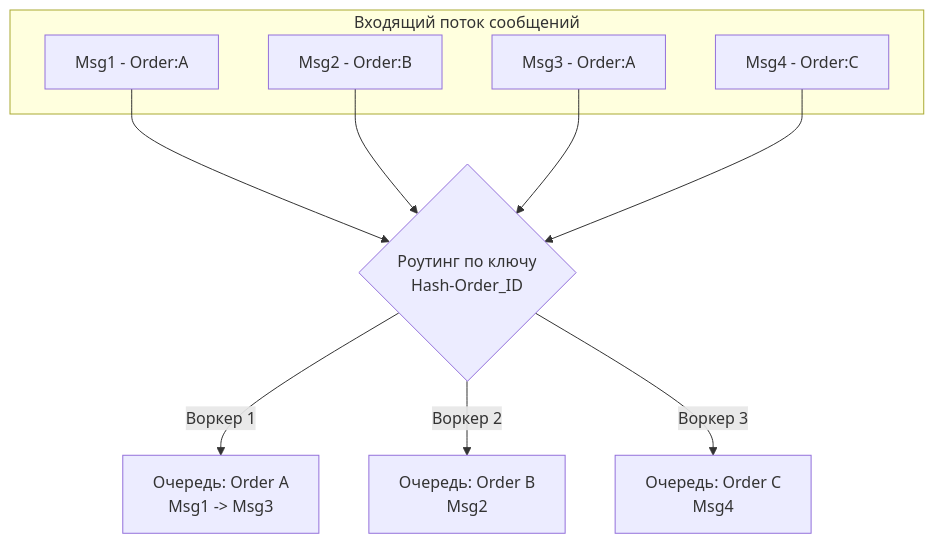
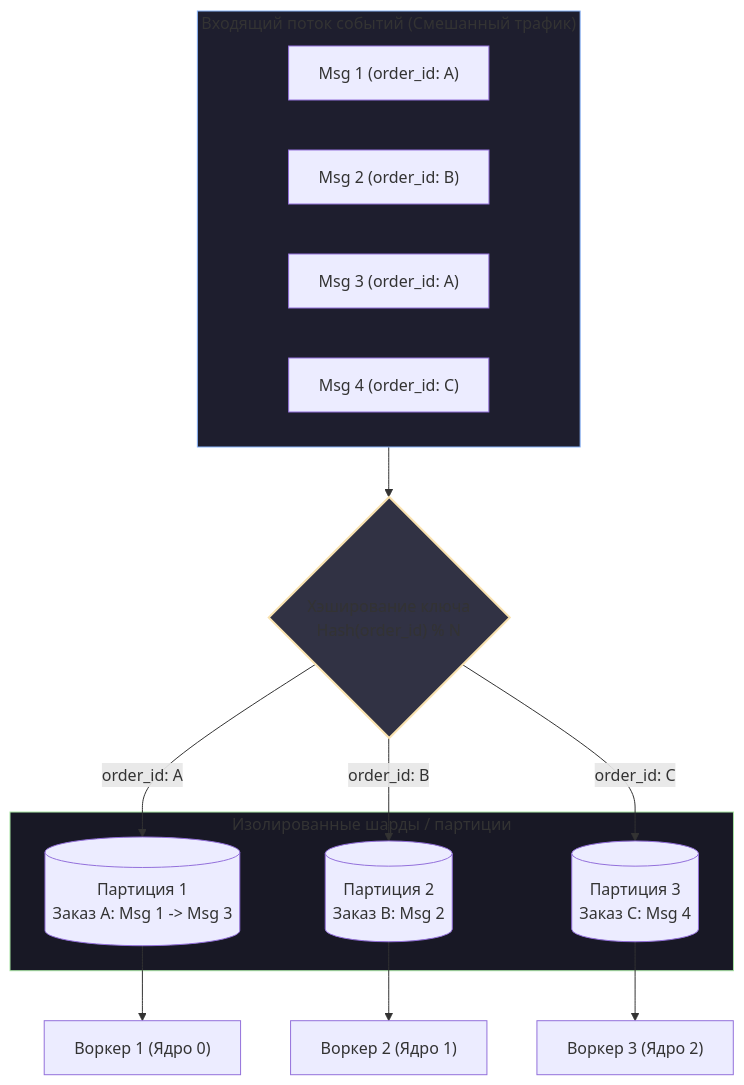
One commit to UnrealTemplier/go-textbook changed the second of 3 diagrams in sources/13. Очереди, брокеры сообщений и оркестраторы/01. Фундамент асинхронности/5. Ordering сообщений и его цена.md. Above: the diagram before and after it, drawn with Mermaid. The commit also changed other lines of this file, not shown here.

````diff
--- a/sources/13. Очереди, брокеры сообщений и оркестраторы/01. Фундамент асинхронности/5. Ordering сообщений и его цена.md
+++ b/sources/13. Очереди, брокеры сообщений и оркестраторы/01. Фундамент асинхронности/5. Ordering сообщений и его цена.md
@@ -37,18 +90,29 @@
 ```mermaid
 flowchart TD
-    subgraph Stream["Входящий поток сообщений"]
-        A["Msg1 - Order:A"]
-        B["Msg2 - Order:B"]
-        C["Msg3 - Order:A"]
-        D["Msg4 - Order:C"]
+    subgraph Inbound["Входящий поток событий (Смешанный трафик)"]
+        A["Msg 1 (order_id: A)"]
+        B["Msg 2 (order_id: B)"]
+        C["Msg 3 (order_id: A)"]
+        D["Msg 4 (order_id: C)"]
     end
-    
-    A --> E{"Роутинг по ключу <br> Hash-Order_ID"}
-    B --> E
-    C --> E
-    D --> E
-    
-    E -->|Воркер 1| F["Очередь: Order A <br> Msg1 -> Msg3"]
-    E -->|Воркер 2| G["Очередь: Order B <br> Msg2"]
-    E -->|Воркер 3| H["Очередь: Order C <br> Msg4"]
+
+    Inbound --> Router{"Хэширование ключа<br>Hash(order_id) % N"}
+
+    subgraph Shards["Изолированные шарды / партиции"]
+        P1[("Партиция 1<br>Заказ A: Msg 1 -> Msg 3")]
+        P2[("Партиция 2<br>Заказ B: Msg 2")]
+        P3[("Партиция 3<br>Заказ C: Msg 4")]
+    end
+
+    Router -->|order_id: A| P1
+    Router -->|order_id: B| P2
+    Router -->|order_id: C| P3
+
+    P1 --> C1["Воркер 1 (Ядро 0)"]
+    P2 --> C2["Воркер 2 (Ядро 1)"]
+    P3 --> C3["Воркер 3 (Ядро 2)"]
+
+    style Inbound fill:#1e1e2e,stroke:#89b4fa,stroke-width:1px
+    style Router fill:#313244,stroke:#f9e2af,stroke-width:2px
+    style Shards fill:#181825,stroke:#a6e3a1,stroke-width:1px
 ```
````
